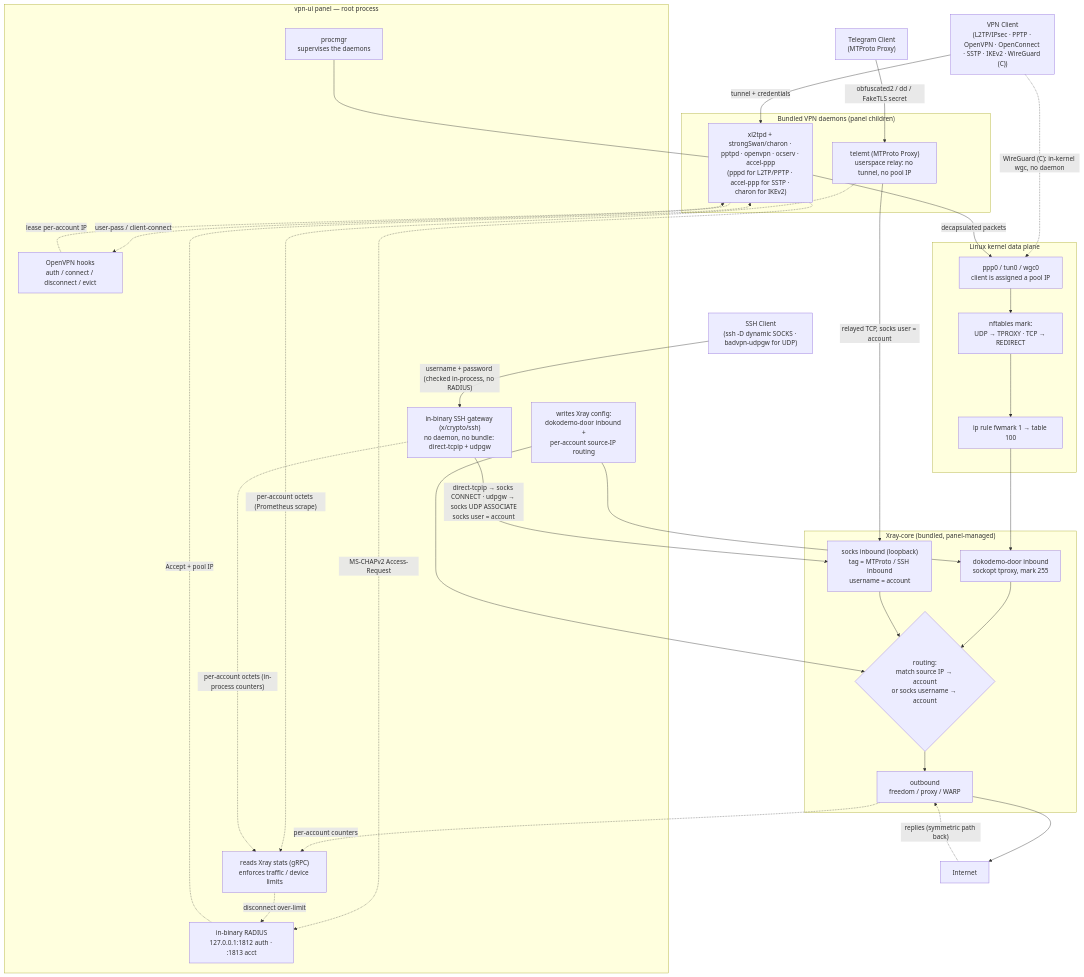
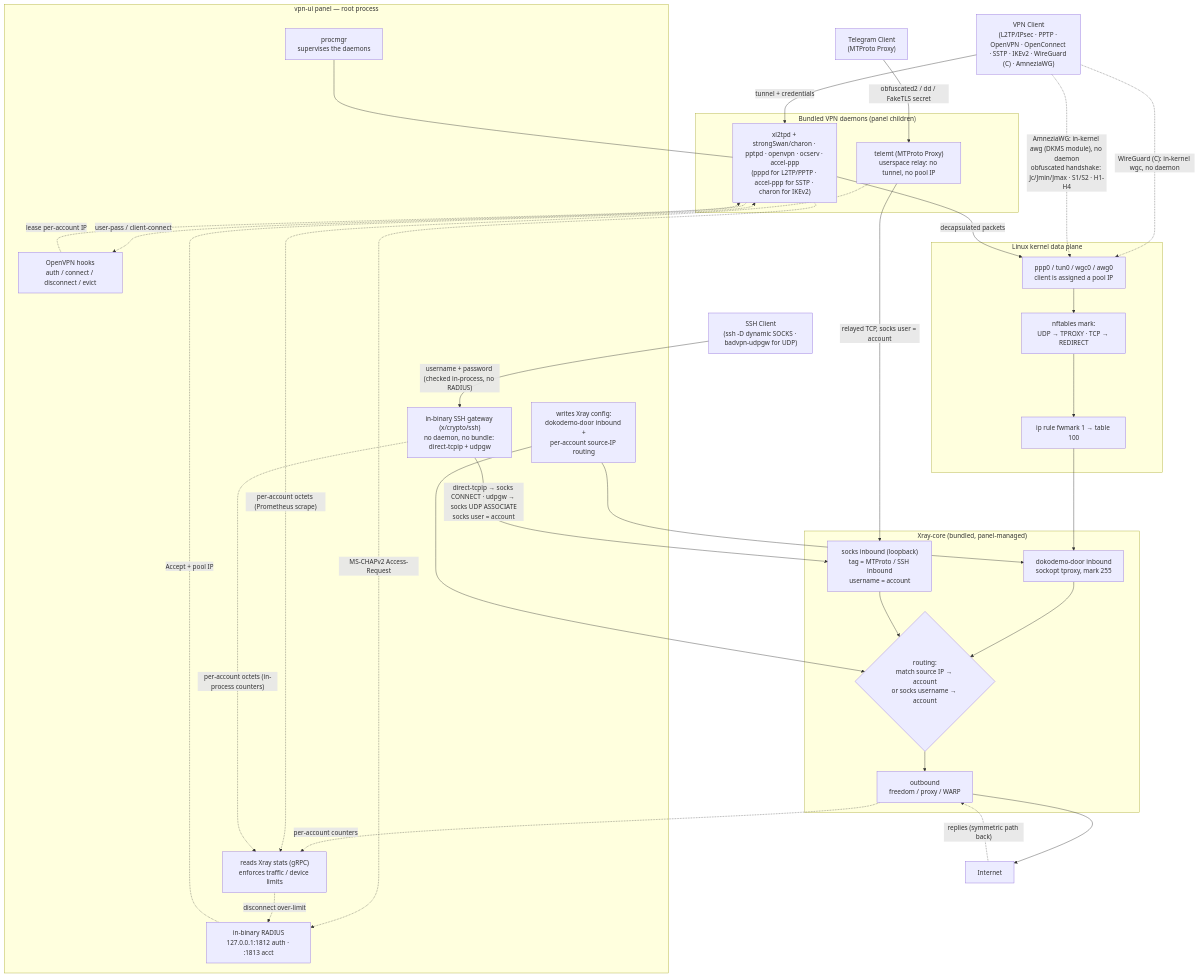
The first of 2 diagrams in README.md (moeinimy/moeinimy-tunnel-ui), drawn with Mermaid before and after one commit. The commit also changed other lines of this file and 291 other files, not shown here.

First line of the commit message:
merge: upstream vpn-ui v1.8.0 (bento UI, AmneziaWG) into the tunnel fork

````diff
--- a/README.md
+++ b/README.md
@@ -117,63 +123,64 @@
 ```mermaid
 flowchart TB
-  Client["VPN Client<br/>(L2TP/IPsec · PPTP · OpenVPN · OpenConnect · SSTP · IKEv2 · WireGuard (C))"]
+  Client["VPN Client<br/>(L2TP/IPsec · PPTP · OpenVPN · OpenConnect · SSTP · IKEv2 · WireGuard (C) · AmneziaWG)"]
   TGC["Telegram Client<br/>(MTProto Proxy)"]
   SSHC["SSH Client<br/>(ssh -D dynamic SOCKS · badvpn-udpgw for UDP)"]
 
   subgraph PANEL["vpn-ui panel — root process"]
     PROC["procmgr<br/>supervises the daemons"]
     RAD["in-binary RADIUS<br/>127.0.0.1:1812 auth · :1813 acct"]
     HOOK["OpenVPN hooks<br/>auth / connect / disconnect / evict"]
     CONF["writes Xray config:<br/>dokodemo-door inbound +<br/>per-account source-IP routing"]
     STAT["reads Xray stats (gRPC)<br/>enforces traffic / device limits"]
     SSHSRV["in-binary SSH gateway (x/crypto/ssh)<br/>no daemon, no bundle: direct-tcpip + udpgw"]
   end
 
   subgraph DAEMON["Bundled VPN daemons (panel children)"]
     D["xl2tpd + strongSwan/charon · pptpd · openvpn · ocserv · accel-ppp<br/>(pppd for L2TP/PPTP · accel-ppp for SSTP · charon for IKEv2)"]
     MT["telemt (MTProto Proxy)<br/>userspace relay: no tunnel, no pool IP"]
   end
 
   subgraph KERNEL["Linux kernel data plane"]
-    IFACE["ppp0 / tun0 / wgc0<br/>client is assigned a pool IP"]
+    IFACE["ppp0 / tun0 / wgc0 / awg0<br/>client is assigned a pool IP"]
     NFT["nftables mark:<br/>UDP → TPROXY · TCP → REDIRECT"]
     RULE["ip rule fwmark 1 → table 100"]
   end
 
   subgraph XRAY["Xray-core (bundled, panel-managed)"]
     DOKO["dokodemo-door inbound<br/>sockopt tproxy, mark 255"]
     SOCKS["socks inbound (loopback)<br/>tag = MTProto / SSH inbound<br/>username = account"]
     ROUTE{"routing:<br/>match source IP → account<br/>or socks username → account"}
     OUT["outbound<br/>freedom / proxy / WARP"]
   end
 
   NET["Internet"]
 
   %% control plane
   Client -->|"tunnel + credentials"| D
   Client -.->|"WireGuard (C): in-kernel wgc, no daemon"| IFACE
+  Client -.->|"AmneziaWG: in-kernel awg (DKMS module), no daemon<br/>obfuscated handshake: Jc/Jmin/Jmax · S1/S2 · H1-H4"| IFACE
   TGC -->|"obfuscated2 / dd / FakeTLS secret"| MT
   SSHC -->|"username + password (checked in-process, no RADIUS)"| SSHSRV
   D -.->|"MS-CHAPv2 Access-Request"| RAD
   RAD -.->|"Accept + pool IP"| D
   D -.->|"user-pass / client-connect"| HOOK
   HOOK -.->|"lease per-account IP"| D
   PROC --- D
   CONF --> DOKO
   CONF --> ROUTE
 
   %% data plane
   D -->|"decapsulated packets"| IFACE
   IFACE --> NFT --> RULE --> DOKO
   DOKO --> ROUTE --> OUT --> NET
   MT -->|"relayed TCP, socks user = account"| SOCKS
   SSHSRV -->|"direct-tcpip → socks CONNECT · udpgw → socks UDP ASSOCIATE<br/>socks user = account"| SOCKS
   SOCKS --> ROUTE
 
   %% accounting + return
   OUT -.->|"per-account counters"| STAT
   MT -.->|"per-account octets (Prometheus scrape)"| STAT
   SSHSRV -.->|"per-account octets (in-process counters)"| STAT
   STAT -.->|"disconnect over-limit"| RAD
   NET -.->|"replies (symmetric path back)"| OUT
 ```
````
